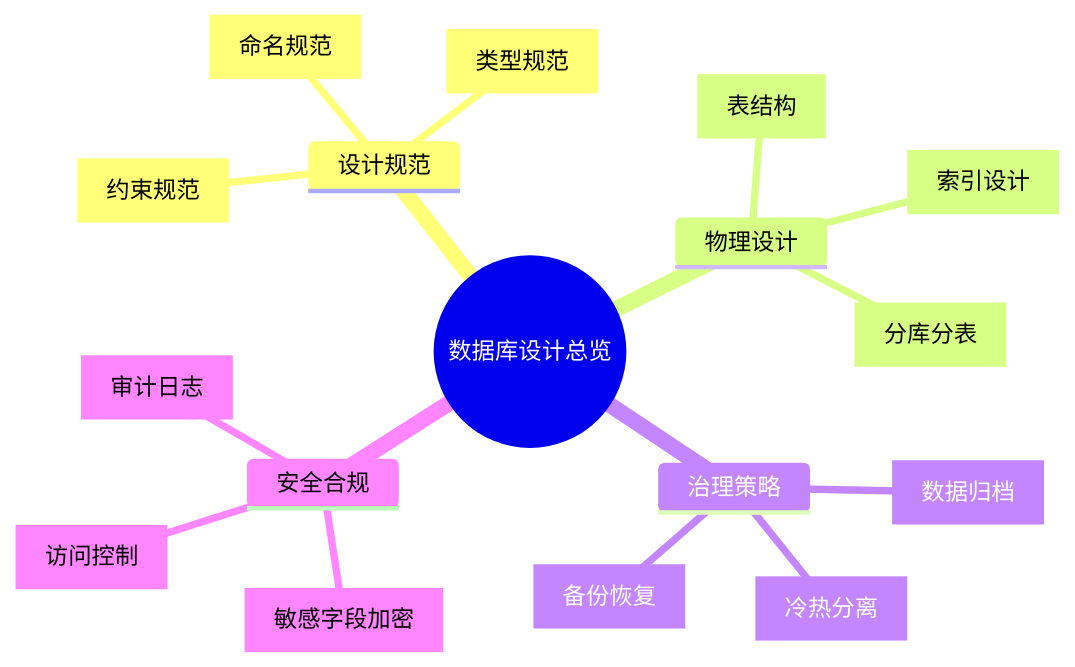
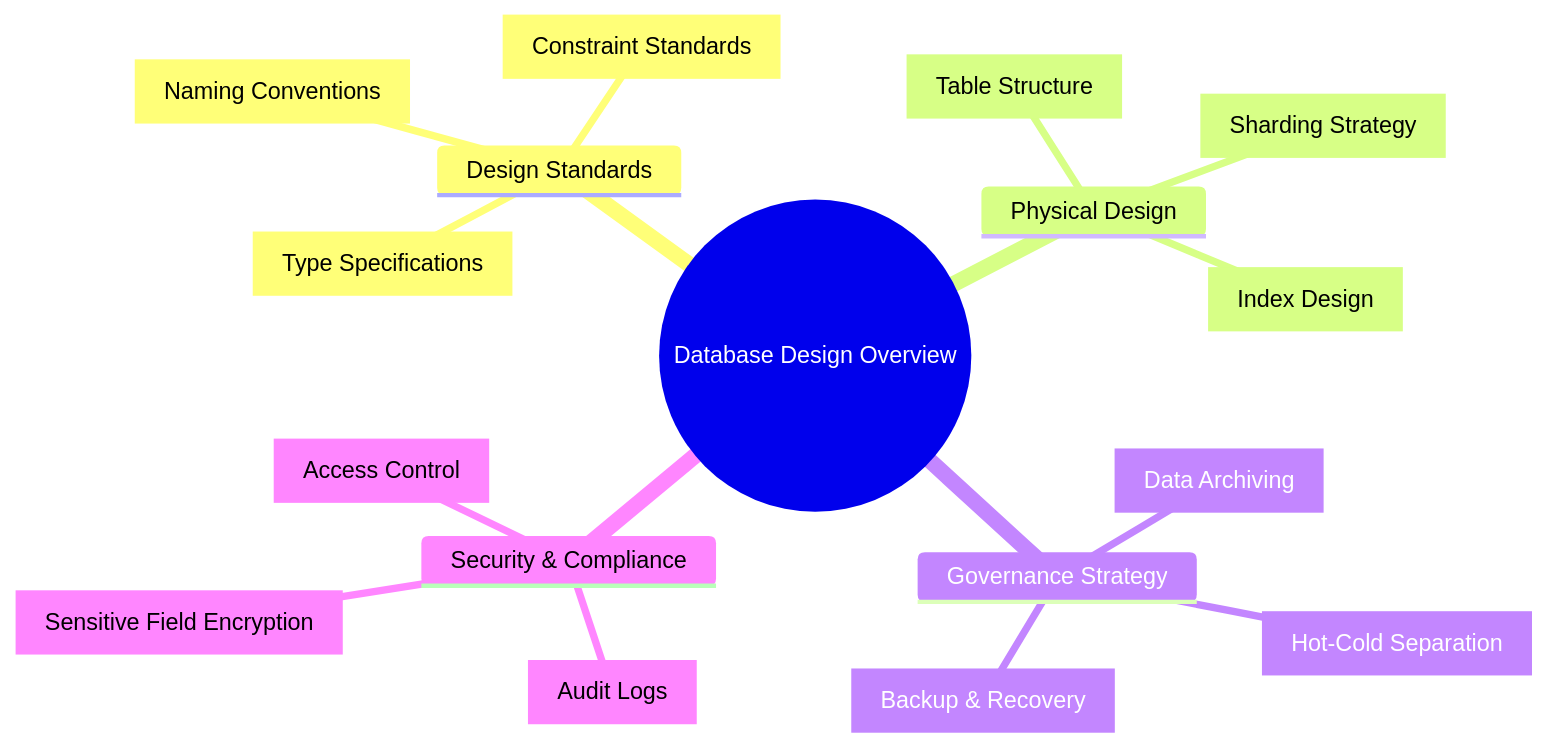
One commit to Kirky-X/cangjie changed the first of 11 diagrams in templates/产品/技术层/【模板】数据库设计文档规范.md. Above: the diagram before and after it, drawn with Mermaid. The commit also changed other lines of this file and 46 other files, not shown here.

````diff
--- a/templates/产品/技术层/【模板】数据库设计文档规范.md
+++ b/templates/产品/技术层/【模板】数据库设计文档规范.md
@@ -74,20 +74,20 @@
 ```mermaid
 mindmap
-  root((数据库设计总览))
-    设计规范
-      [命名规范]
-      [类型规范]
-      [约束规范]
-    物理设计
-      [表结构]
-      [索引设计]
-      [分库分表]
-    治理策略
-      [数据归档]
-      [冷热分离]
-      [备份恢复]
-    安全合规
-      [敏感字段加密]
-      [访问控制]
-      [审计日志]
+  root((Database Design Overview))
+    Design Standards
+      [Naming Conventions]
+      [Type Specifications]
+      [Constraint Standards]
+    Physical Design
+      [Table Structure]
+      [Index Design]
+      [Sharding Strategy]
+    Governance Strategy
+      [Data Archiving]
+      [Hot-Cold Separation]
+      [Backup & Recovery]
+    Security & Compliance
+      [Sensitive Field Encryption]
+      [Access Control]
+      [Audit Logs]
 ```
````
